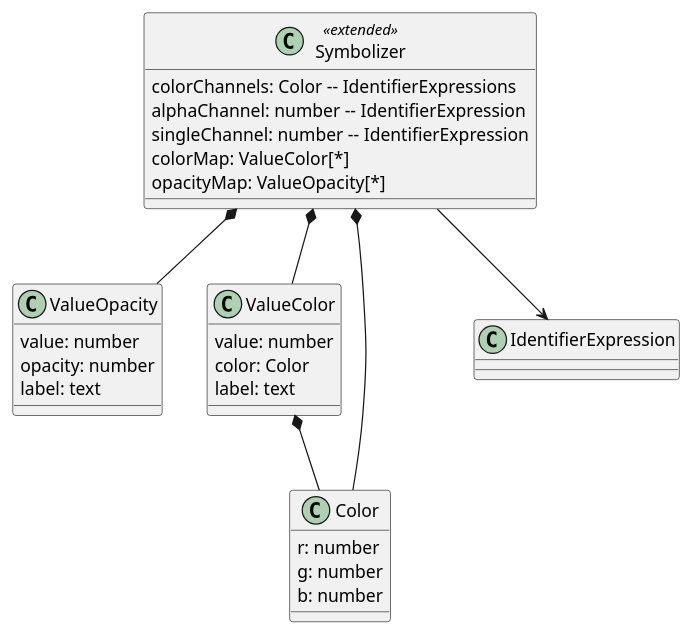
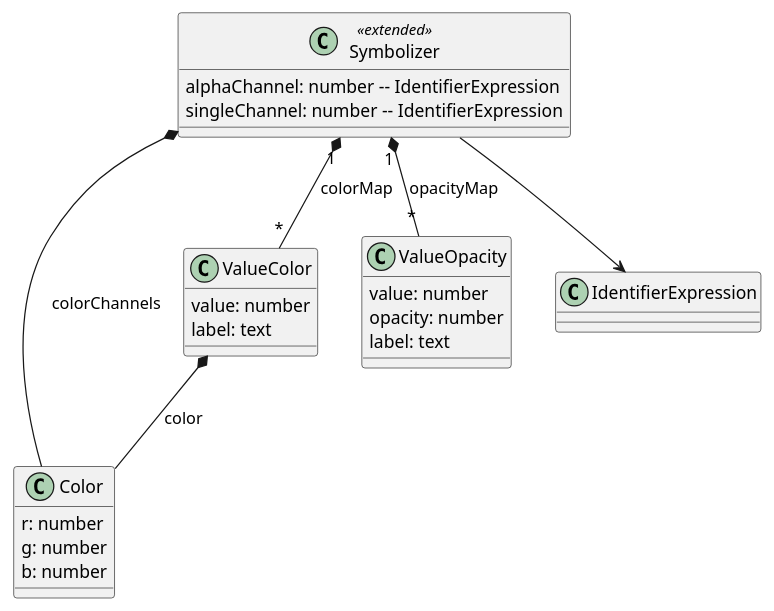
Before and after one commit to opengeospatial/cartographic-symbology: the first of 2 diagrams in 1-core/sections/clause_9_coverage.adoc, drawn with PlantUML. The commit also changed other lines of this file and 2 other files, not shown here.

Commit message:
Vector, coverage and labeling UML: show the listed properties as associations only

```diff
--- a/1-core/sections/clause_9_coverage.adoc
+++ b/1-core/sections/clause_9_coverage.adoc
@@ -13,28 +13,24 @@
 [plantuml, target=diagram-classes, format=png]
 ....
 @startuml
 class Symbolizer <<extended>>
-Symbolizer : colorChannels: Color -- IdentifierExpressions
 Symbolizer : alphaChannel: number -- IdentifierExpression
 Symbolizer : singleChannel: number -- IdentifierExpression
-Symbolizer : colorMap: ValueColor[*]
-Symbolizer : opacityMap: ValueOpacity[*]
-Symbolizer *-- ValueOpacity
-Symbolizer *-- ValueColor
-Symbolizer *-- Color
+Symbolizer *-- Color : colorChannels
+Symbolizer "1" *-- "*" ValueColor : colorMap
+Symbolizer "1" *-- "*" ValueOpacity : opacityMap
 Symbolizer --> IdentifierExpression
 
 ValueColor : value: number
-ValueColor : color: Color
 ValueColor : label: text
-ValueColor *-- Color
+ValueColor *-- Color : color
 
 ValueOpacity : value: number
 ValueOpacity : opacity: number
 ValueOpacity : label: text
 
 Color : r: number
 Color : g: number
 Color : b: number
 @enduml
 ....
```
